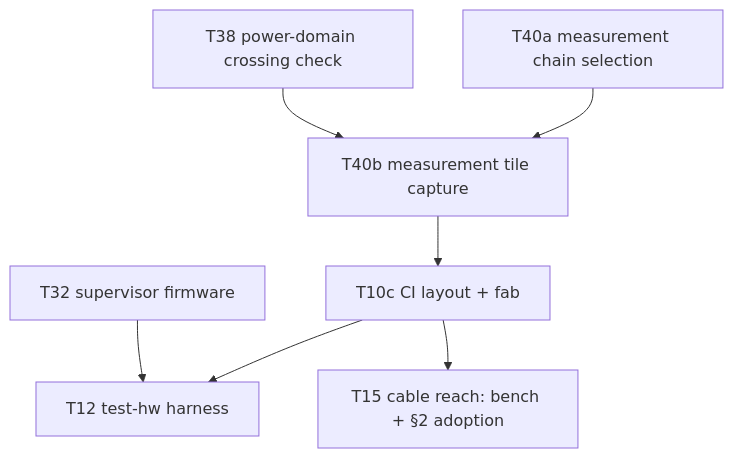
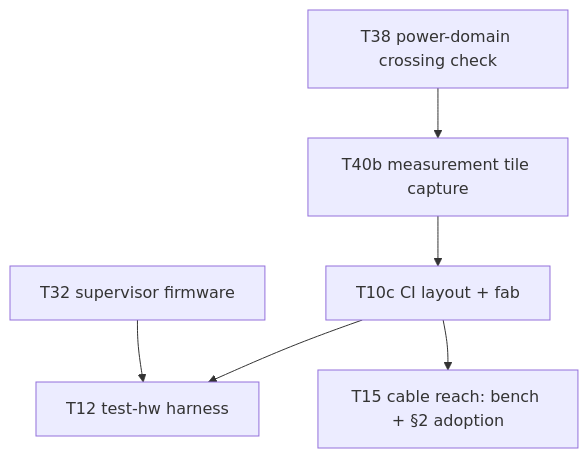
One commit to kristofferkoch/oparroy changed the diagram in KANBAN.md. Above: the diagram before and after it, drawn with Mermaid. The commit also changed other lines of this file, not shown here.

First line of the commit message:
kanban: ship the measurement chain selection card

````diff
--- a/KANBAN.md
+++ b/KANBAN.md
@@ -34,9 +34,8 @@
 ```mermaid
 graph TD
-    T40a[T40a measurement chain selection] --> T40b[T40b measurement tile capture]
-    T38[T38 power-domain crossing check] --> T40b
+    T38[T38 power-domain crossing check] --> T40b[T40b measurement tile capture]
     T40b --> T10c[T10c CI layout + fab]
     T10c --> T12[T12 test-hw harness]
     T10c --> T15[T15 cable reach: bench + §2 adoption]
     T32[T32 supervisor firmware] --> T12
 ```
````
